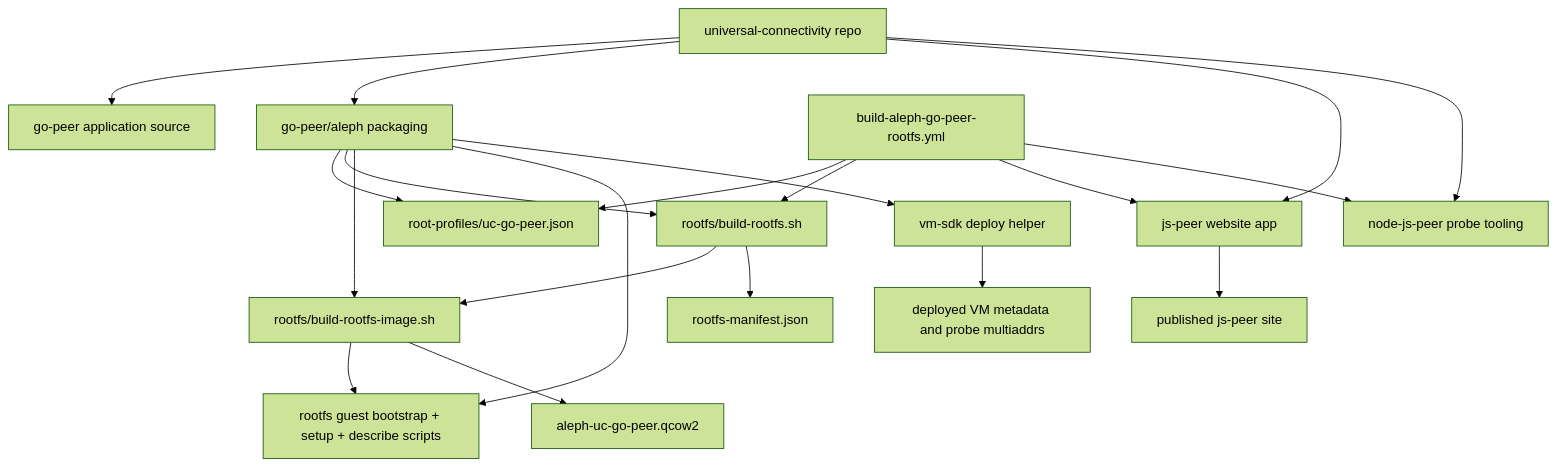
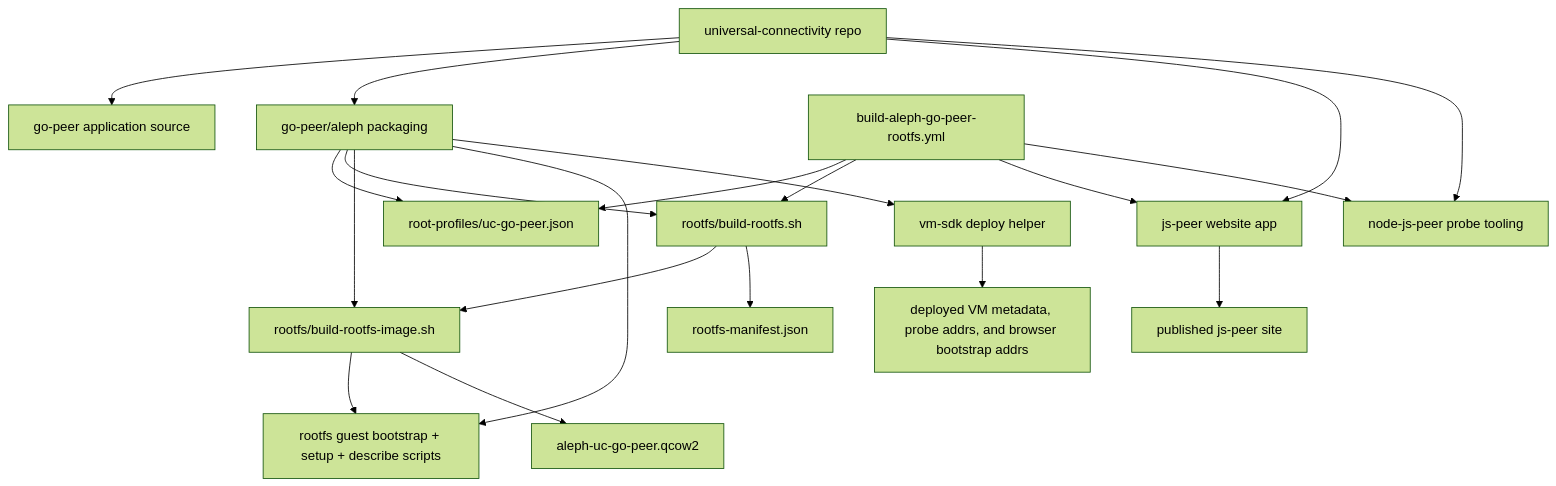
One commit to Le-Space/universal-connectivity changed the first of 6 diagrams in go-peer/aleph/README.md. Above: the diagram before and after it, drawn with Mermaid (forest theme). The commit also changed other lines of this file, not shown here.

Commit message:
docs: align Aleph README diagrams with final relay topology

````diff
--- a/go-peer/aleph/README.md
+++ b/go-peer/aleph/README.md
@@ -34,24 +34,24 @@
 ```mermaid
 flowchart TD
     A[universal-connectivity repo] --> B[go-peer application source]
     A --> C[go-peer/aleph packaging]
     A --> D[js-peer website app]
     A --> E[node-js-peer probe tooling]
 
     C --> F[root-profiles/uc-go-peer.json]
     C --> G[rootfs/build-rootfs.sh]
     C --> H[rootfs/build-rootfs-image.sh]
     C --> I[rootfs guest bootstrap + setup + describe scripts]
     C --> J[vm-sdk deploy helper]
 
     K[build-aleph-go-peer-rootfs.yml] --> F
     K --> G
     K --> D
     K --> E
     G --> H
     H --> I
     H --> L[aleph-uc-go-peer.qcow2]
     G --> M[rootfs-manifest.json]
-    J --> N[deployed VM metadata and probe multiaddrs]
+    J --> N[deployed VM metadata, probe addrs, and browser bootstrap addrs]
     D --> O[published js-peer site]
 ```
````
